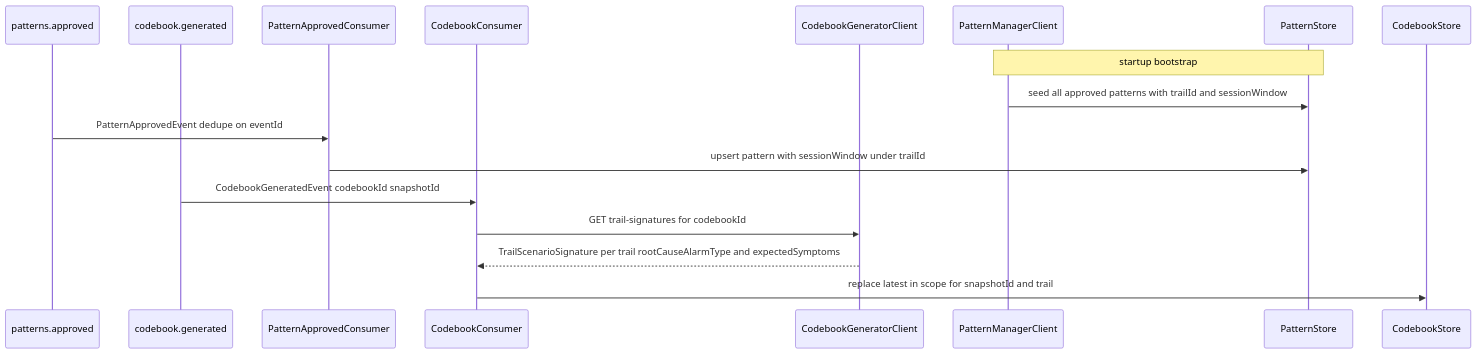
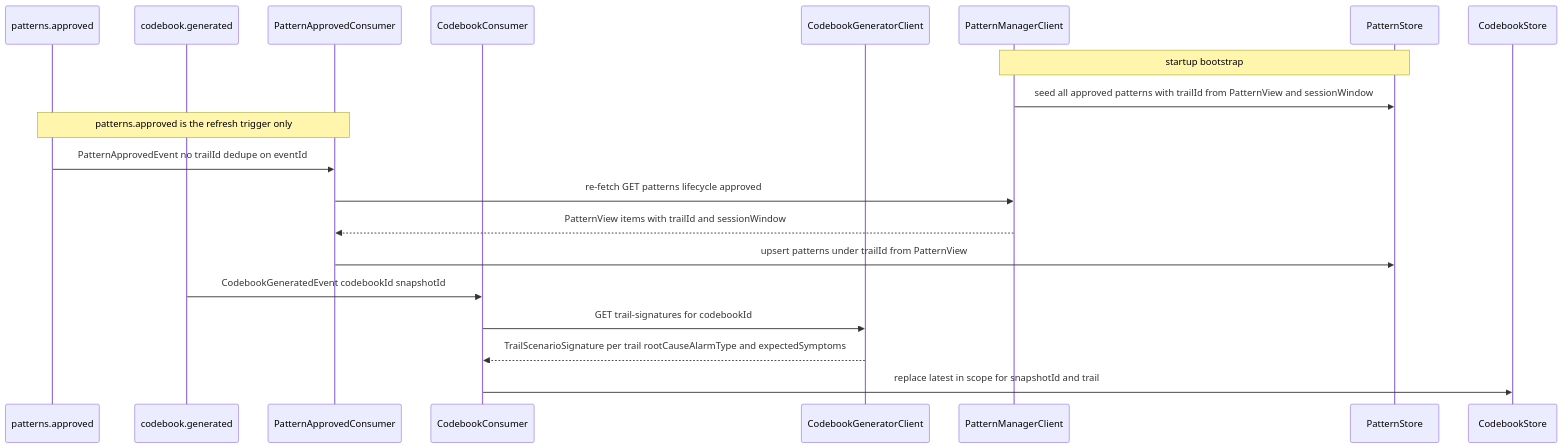
The eighth of 10 diagrams in services/correlation-engine/design.md (nikhilmohan/correlation-platform), drawn with Mermaid before and after one commit. The commit also changed other lines of this file and 1 other file, not shown here.

First line of the commit message:
design(correlation-engine): readiness fixes — Q3 frozen Knowledge model-params endpoint+keys, Q4 rootCauseAlarmId via alarmType, Q7 trailId from Pattern Manager read API on refresh trigger

````diff
--- a/services/correlation-engine/design.md
+++ b/services/correlation-engine/design.md
@@ -597,20 +606,23 @@
 ```mermaid
 sequenceDiagram
   participant PT as patterns.approved
   participant CB as codebook.generated
   participant PAC as PatternApprovedConsumer
   participant CBC as CodebookConsumer
   participant CGC as CodebookGeneratorClient
   participant PMC as PatternManagerClient
   participant PS as PatternStore
   participant CBS as CodebookStore
 
   Note over PMC,PS: startup bootstrap
-  PMC->>PS: seed all approved patterns with trailId and sessionWindow
-  PT->>PAC: PatternApprovedEvent dedupe on eventId
-  PAC->>PS: upsert pattern with sessionWindow under trailId
+  PMC->>PS: seed all approved patterns with trailId from PatternView and sessionWindow
+  Note over PT,PAC: patterns.approved is the refresh trigger only
+  PT->>PAC: PatternApprovedEvent no trailId dedupe on eventId
+  PAC->>PMC: re-fetch GET patterns lifecycle approved
+  PMC-->>PAC: PatternView items with trailId and sessionWindow
+  PAC->>PS: upsert patterns under trailId from PatternView
   CB->>CBC: CodebookGeneratedEvent codebookId snapshotId
   CBC->>CGC: GET trail-signatures for codebookId
   CGC-->>CBC: TrailScenarioSignature per trail rootCauseAlarmType and expectedSymptoms
   CBC->>CBS: replace latest in scope for snapshotId and trail
 ```
````
